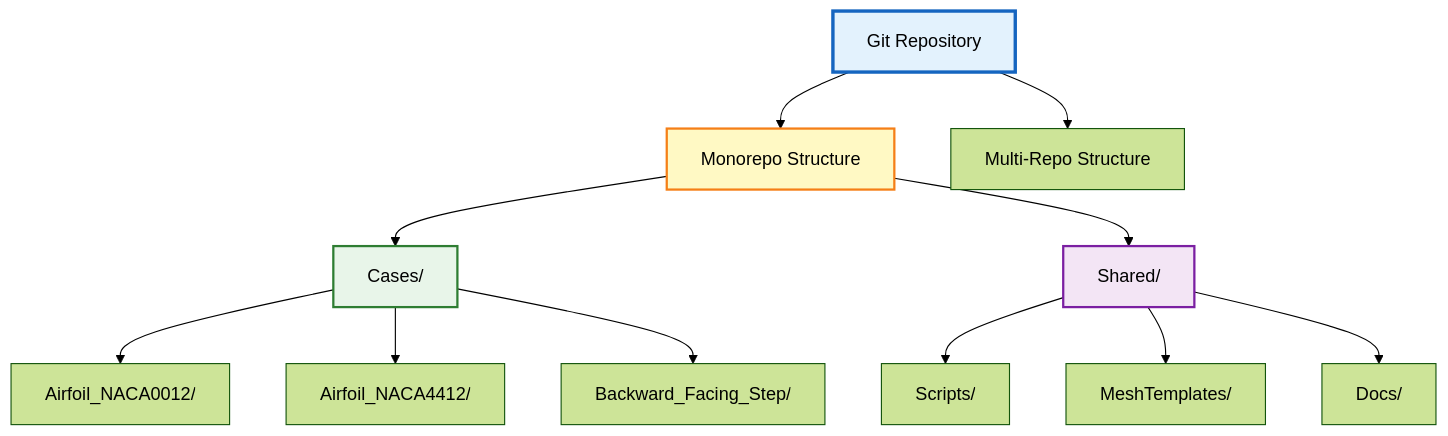
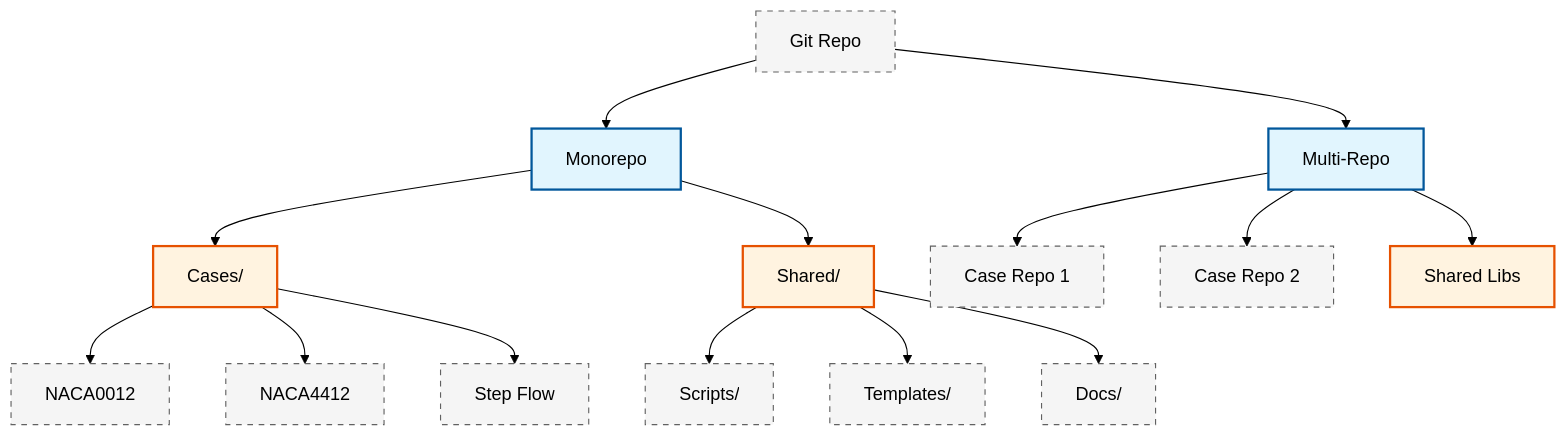
The fourth of 4 diagrams in MODULE_07_UTILITIES_AUTOMATION/CONTENT/07_PROFESSIONAL_PRACTICE/03_Version_Control_Git.md (wramet/build-my-cfd), drawn with Mermaid (forest theme) before and after one commit. The commit also changed other lines of this file and 313 other files, not shown here.

Commit message:
Revise all diagram

````diff
--- a/MODULE_07_UTILITIES_AUTOMATION/CONTENT/07_PROFESSIONAL_PRACTICE/03_Version_Control_Git.md
+++ b/MODULE_07_UTILITIES_AUTOMATION/CONTENT/07_PROFESSIONAL_PRACTICE/03_Version_Control_Git.md
@@ -764,20 +760,23 @@
 ```mermaid
 flowchart TD
-    Repo[Git Repository] --> Monorepo[Monorepo Structure]
-    Repo --> Multirepo[Multi-Repo Structure]
+classDef implicit fill:#e1f5fe,stroke:#01579b,stroke-width:2px,color:#000
+classDef explicit fill:#fff3e0,stroke:#e65100,stroke-width:2px,color:#000
+classDef context fill:#f5f5f5,stroke:#616161,stroke-width:1px,color:#000,stroke-dasharray: 5 5
 
-    Monorepo --> Cases1[Cases/]
-    Cases1 --> Case1[Airfoil_NACA0012/]
-    Cases1 --> Case2[Airfoil_NACA4412/]
-    Cases1 --> Case3[Backward_Facing_Step/]
+Repo[Git Repo]:::context --> Monorepo[Monorepo]:::implicit
+Repo --> Multirepo[Multi-Repo]:::implicit
 
-    Monorepo --> Shared[Shared/]
-    Shared --> Scripts[Scripts/]
-    Shared --> MeshTemplates[MeshTemplates/]
-    Shared --> Documentation[Docs/]
+Monorepo --> Cases1[Cases/]:::explicit
+Cases1 --> Case1[NACA0012]:::context
+Cases1 --> Case2[NACA4412]:::context
+Cases1 --> Case3[Step Flow]:::context
 
-    style Repo fill:#e3f2fd,stroke:#1565c0,stroke-width:3px
-    style Monorepo fill:#fff9c4,stroke:#f57f17,stroke-width:2px
-    style Cases1 fill:#e8f5e9,stroke:#2e7d32,stroke-width:2px
-    style Shared fill:#f3e5f5,stroke:#7b1fa2,stroke-width:2px
+Monorepo --> Shared[Shared/]:::explicit
+Shared --> Scripts[Scripts/]:::context
+Shared --> MeshTemplates[Templates/]:::context
+Shared --> Documentation[Docs/]:::context
+
+Multirepo --> Repo1[Case Repo 1]:::context
+Multirepo --> Repo2[Case Repo 2]:::context
+Multirepo --> Repo3[Shared Libs]:::explicit
 ```
````
